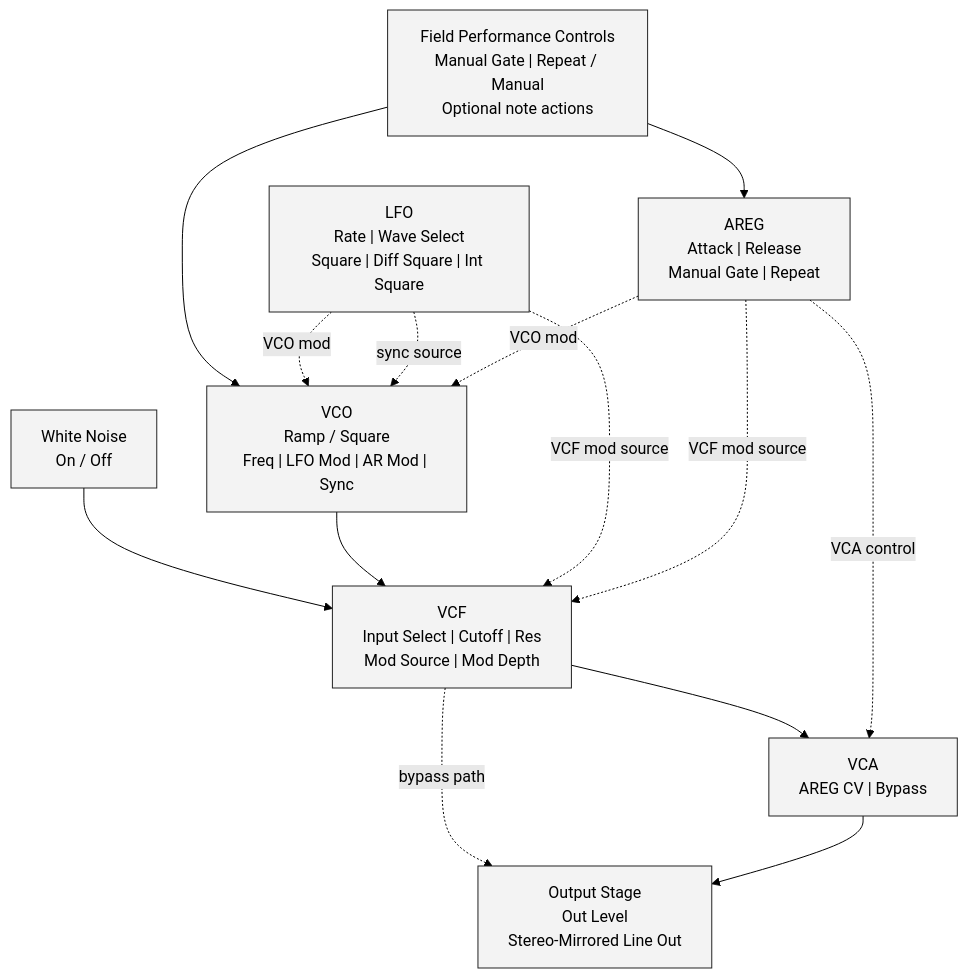
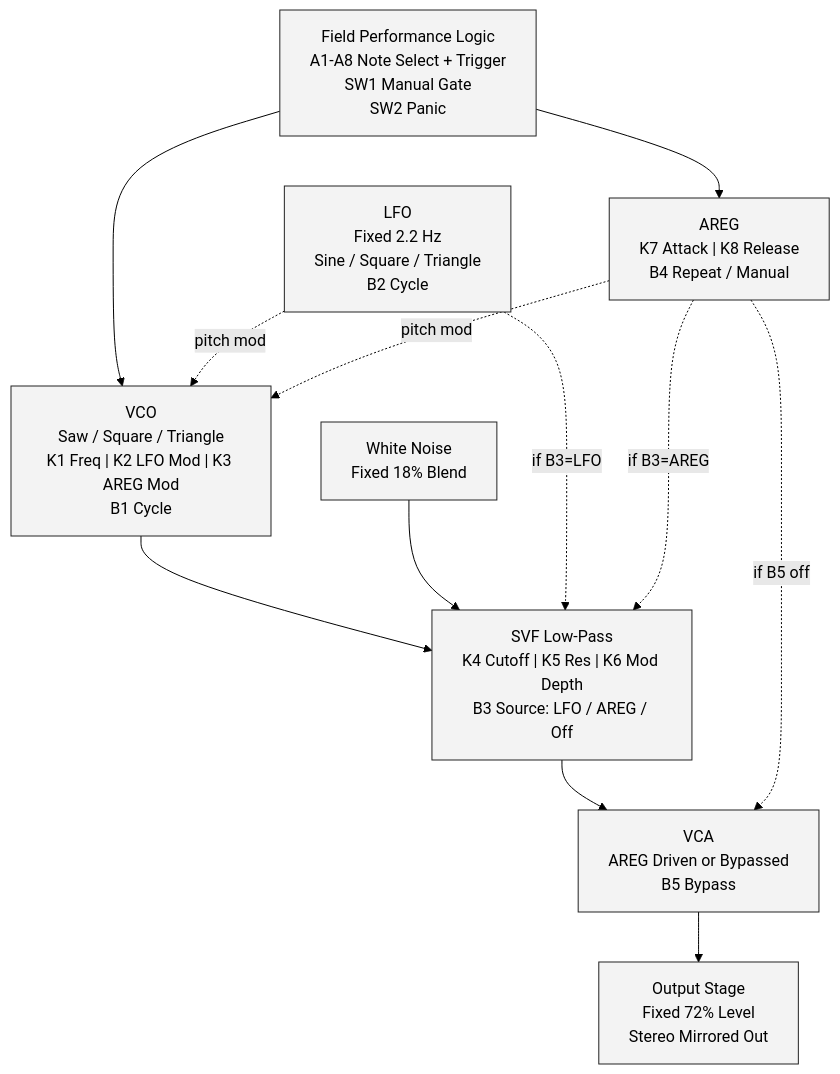
Before and after one commit to Denys/DaisyExamples: the fourth of 7 diagrams in MyProjects/_projects/Field_MFOS_NoiseToaster/DIAGRAMS.md, drawn with Mermaid (forest theme). The commit also changed other lines of this file and 33 other files, not shown here.

````diff
--- a/MyProjects/_projects/Field_MFOS_NoiseToaster/DIAGRAMS.md
+++ b/MyProjects/_projects/Field_MFOS_NoiseToaster/DIAGRAMS.md
@@ -74,30 +88,26 @@
 ```mermaid
 flowchart TB
     classDef block fill:#f3f3f3,stroke:#222,stroke-width:1px,color:#000;
 
-    PERF["Field Performance Controls<br/>Manual Gate | Repeat / Manual<br/>Optional note actions"]:::block
-    WN["White Noise<br/>On / Off"]:::block
-    VCO["VCO<br/>Ramp / Square<br/>Freq | LFO Mod | AR Mod | Sync"]:::block
-    VCF["VCF<br/>Input Select | Cutoff | Res<br/>Mod Source | Mod Depth"]:::block
-    LFO["LFO<br/>Rate | Wave Select<br/>Square | Diff Square | Int Square"]:::block
-    AREG["AREG<br/>Attack | Release<br/>Manual Gate | Repeat"]:::block
-    VCA["VCA<br/>AREG CV | Bypass"]:::block
-    OUT["Output Stage<br/>Out Level<br/>Stereo-Mirrored Line Out"]:::block
+    PERF["Field Performance Logic<br/>A1-A8 Note Select + Trigger<br/>SW1 Manual Gate<br/>SW2 Panic"]:::block
+    VCO["VCO<br/>Saw / Square / Triangle<br/>K1 Freq | K2 LFO Mod | K3 AREG Mod<br/>B1 Cycle"]:::block
+    LFO["LFO<br/>Fixed 2.2 Hz<br/>Sine / Square / Triangle<br/>B2 Cycle"]:::block
+    WN["White Noise<br/>Fixed 18% Blend"]:::block
+    VCF["SVF Low-Pass<br/>K4 Cutoff | K5 Res | K6 Mod Depth<br/>B3 Source: LFO / AREG / Off"]:::block
+    AREG["AREG<br/>K7 Attack | K8 Release<br/>B4 Repeat / Manual"]:::block
+    VCA["VCA<br/>AREG Driven or Bypassed<br/>B5 Bypass"]:::block
+    OUT["Output Stage<br/>Fixed 72% Level<br/>Stereo Mirrored Out"]:::block
 
+    PERF --> VCO
     PERF --> AREG
-    PERF --> VCO
-
+    VCO --> VCF
     WN --> VCF
-    VCO --> VCF
     VCF --> VCA
-    VCF -. bypass path .-> OUT
     VCA --> OUT
 
-    LFO -. VCO mod .-> VCO
-    LFO -. sync source .-> VCO
-    LFO -. VCF mod source .-> VCF
-
-    AREG -. VCO mod .-> VCO
-    AREG -. VCF mod source .-> VCF
-    AREG -. VCA control .-> VCA
+    LFO -. pitch mod .-> VCO
+    LFO -. if B3=LFO .-> VCF
+    AREG -. pitch mod .-> VCO
+    AREG -. if B3=AREG .-> VCF
+    AREG -. if B5 off .-> VCA
 ```
````
